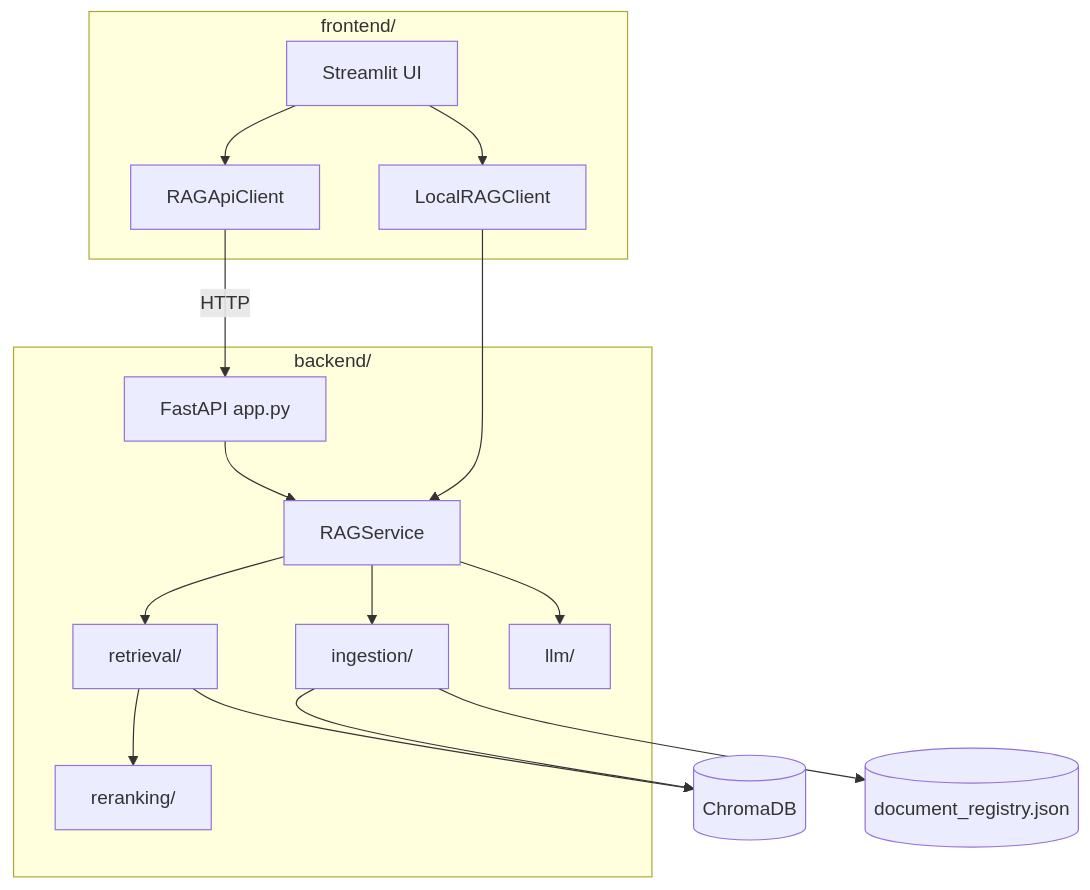
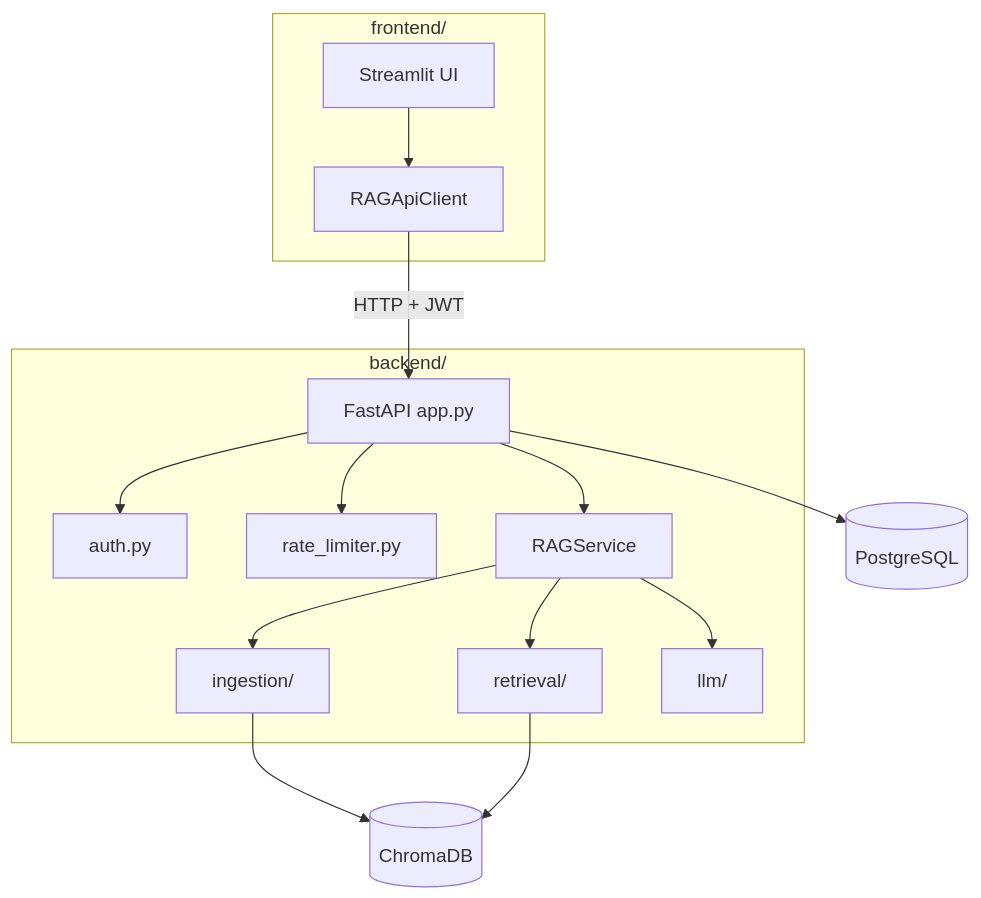
One commit to Ananthu-Vinod/Multi-Document-AI-Research-Assistant changed the diagram in README.md. Above: the diagram before and after it, drawn with Mermaid. The commit also changed other lines of this file and 47 other files, not shown here.

Commit message:
Production release: Add Lovable UI, JWT Auth, Postgres DB, and Gemini RAG

````diff
--- a/README.md
+++ b/README.md
@@ -45,33 +28,32 @@
 ```mermaid
 flowchart TB
     subgraph ui [frontend/]
         ST[Streamlit UI]
         API_CLIENT[RAGApiClient]
-        LOCAL[LocalRAGClient]
     end
 
     subgraph api [backend/]
         FAST[FastAPI app.py]
+        AUTH[auth.py]
+        LIMIT[rate_limiter.py]
         SVC[RAGService]
         ING[ingestion/]
         RET[retrieval/]
-        RR[reranking/]
         LLM[llm/]
     end
 
+    DB[(PostgreSQL)]
     CHROMA[(ChromaDB)]
-    REG[(document_registry.json)]
 
     ST --> API_CLIENT
-    ST --> LOCAL
-    API_CLIENT -->|HTTP| FAST
-    LOCAL --> SVC
+    API_CLIENT -->|HTTP + JWT| FAST
+    FAST --> AUTH
+    FAST --> LIMIT
+    FAST --> DB
     FAST --> SVC
     SVC --> ING
     SVC --> RET
     SVC --> LLM
     ING --> CHROMA
-    ING --> REG
     RET --> CHROMA
-    RET --> RR
 ```
````
